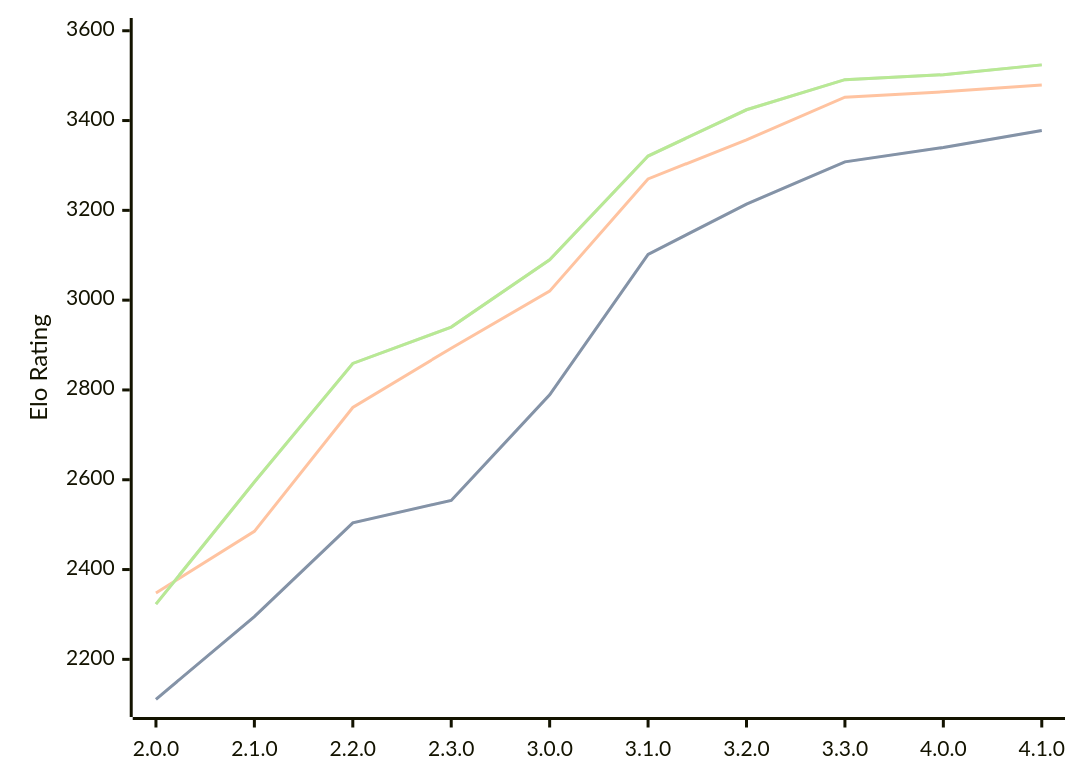
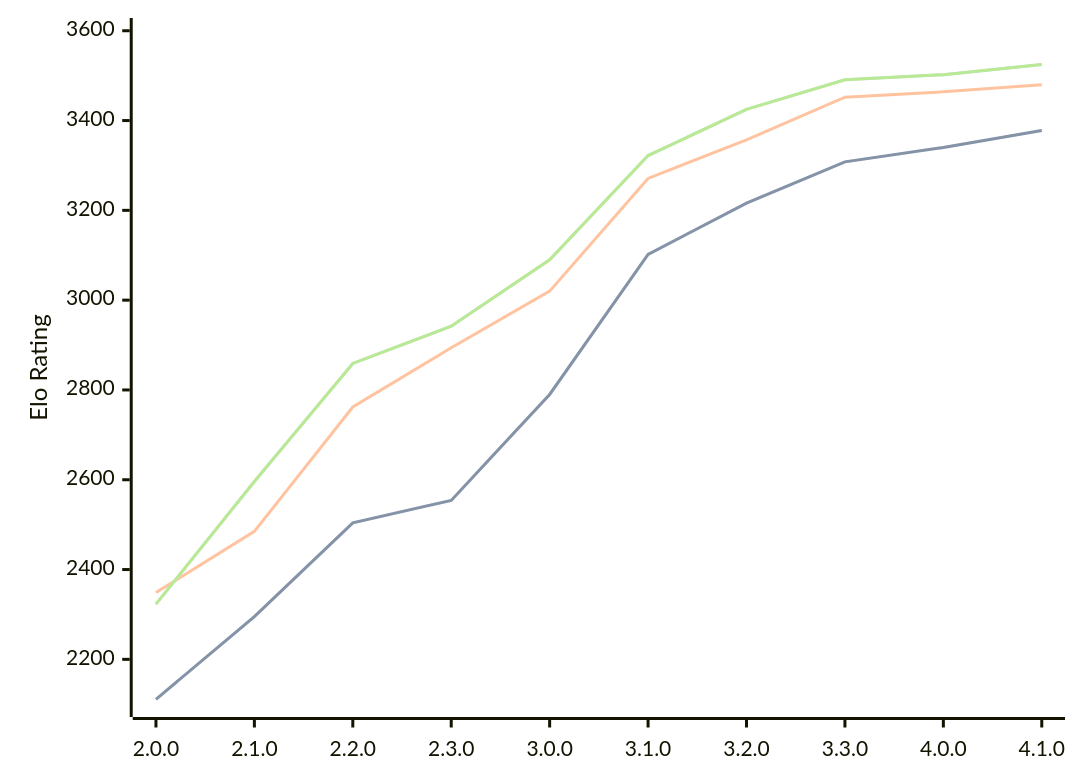
Before and after one commit to computer-chess-index/cci: the first of 3 diagrams in engines/Raphael.md, drawn with Mermaid. The commit also changed other lines of this file, not shown here.

Commit message:
Update CCI Ratings (ELO VLTC) - 2026-06-16

````diff
--- a/engines/Raphael.md
+++ b/engines/Raphael.md
@@ -52,11 +52,11 @@
 ```mermaid
 %%{init: {"theme":"base","themeVariables":{"seriesColors:['#a3a3a3','#222221','#faa371']}}}%%
 xychart-beta
   x-axis ["2.0.0", "2.1.0", "2.2.0", "2.3.0", "3.0.0", "3.1.0", "3.2.0", "3.3.0", "4.0.0", "4.1.0"]
   y-axis "Elo Rating" 2100 --> 3600
-  line "STC (8.0+0.08s)" [2111, 2295, 2504, 2554, 2789, 3102, 3214, 3308, 3340, 3378]
-  line "STC (8.0+0.08s)" [2111, 2295, 2504, 2554, 2789, 3102, 3214, 3308, 3340, 3378]
-  line "LTC (60.0+0.60s)" [2348, 2485, 2761, 2893, 3020, 3270, 3357, 3452, 3464, 3479]
-  line "VLTC (2m24s+1.12s)" [2323, 2595, 2859, 2940, 3090, 3321, 3424, 3491, 3502, 3524]
-  line "VLTC (2m24s+1.12s)" [2323, 2595, 2859, 2940, 3090, 3321, 3424, 3491, 3502, 3524]
+  line "STC (8.0+0.08s)" [2111, 2295, 2504, 2554, 2790, 3102, 3216, 3308, 3340, 3378]
+  line "STC (8.0+0.08s)" [2111, 2295, 2504, 2554, 2790, 3102, 3216, 3308, 3340, 3378]
+  line "LTC (60.0+0.60s)" [2349, 2485, 2762, 2894, 3020, 3271, 3357, 3452, 3464, 3480]
+  line "VLTC (2m24s+1.12s)" [2323, 2596, 2859, 2942, 3090, 3322, 3425, 3491, 3502, 3525]
+  line "VLTC (2m24s+1.12s)" [2323, 2596, 2859, 2942, 3090, 3322, 3425, 3491, 3502, 3525]
 ```
````
